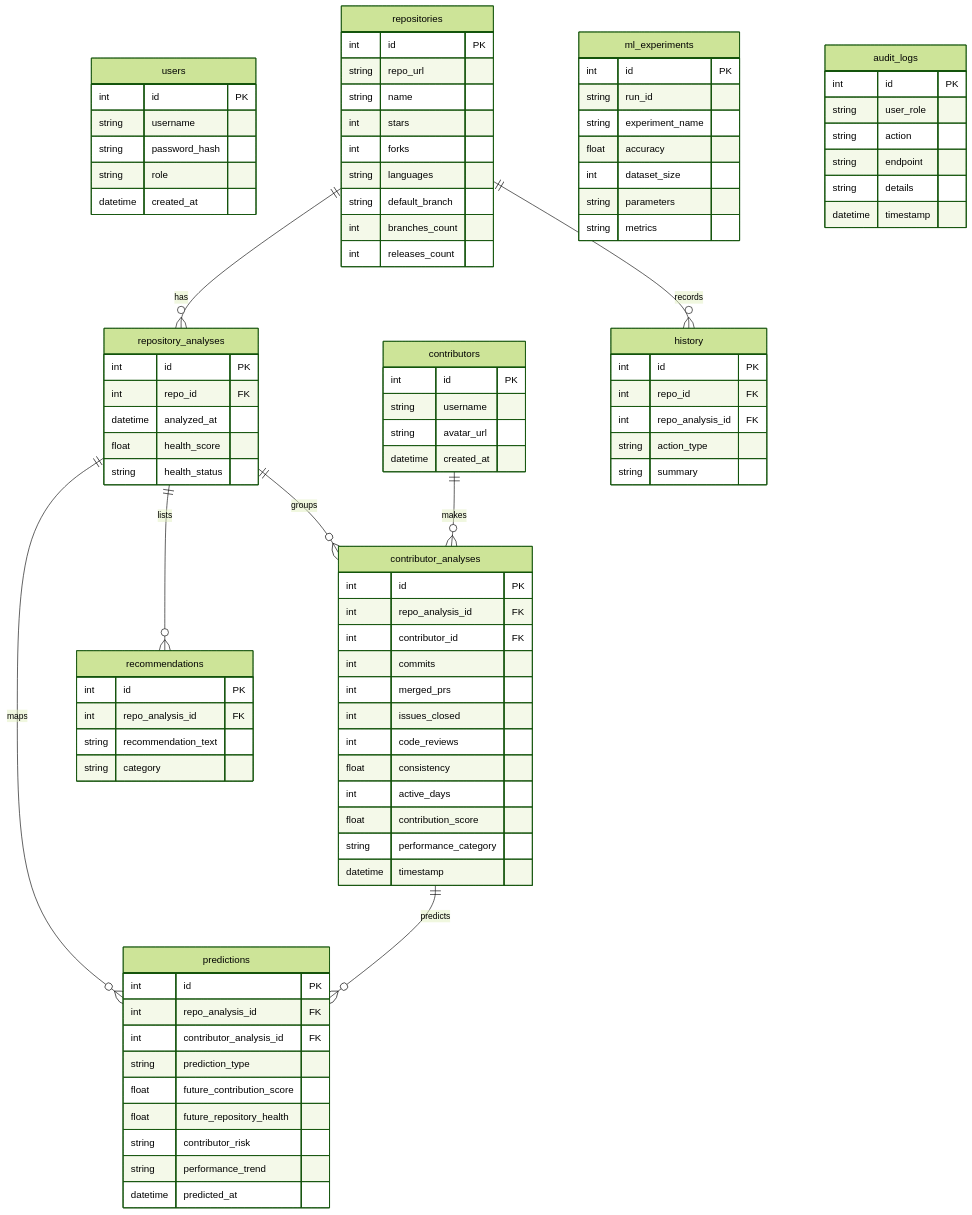
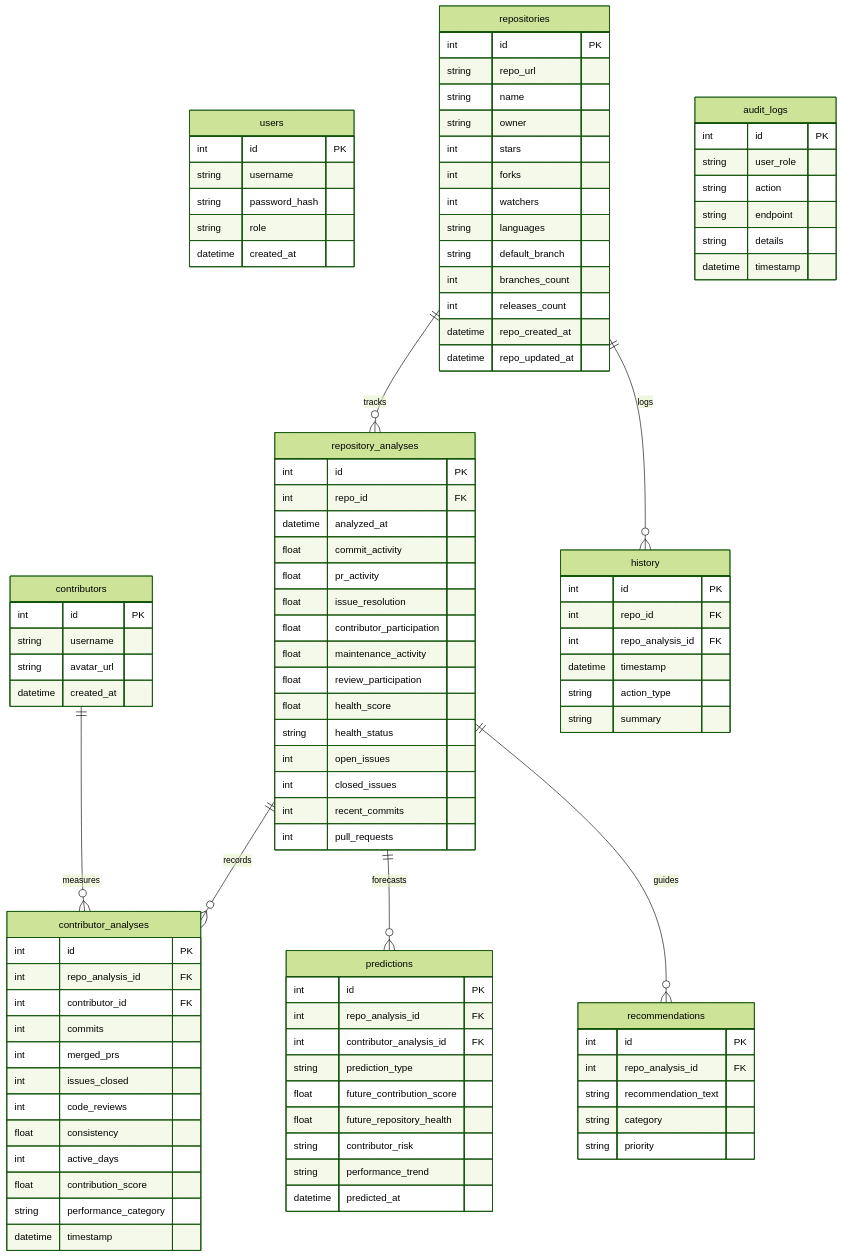
The diagram in README.md (Nareshkumar5232/Emprod), drawn with Mermaid (forest theme) before and after one commit. The commit also changed other lines of this file and 38 other files, not shown here.

````diff
--- a/README.md
+++ b/README.md
@@ -39,12 +119,16 @@
         int id PK
         string repo_url
         string name
+        string owner
         int stars
         int forks
+        int watchers
         string languages
         string default_branch
         int branches_count
         int releases_count
+        datetime repo_created_at
+        datetime repo_updated_at
     }
     contributors {
         int id PK
@@ -56,8 +140,18 @@
         int id PK
         int repo_id FK
         datetime analyzed_at
+        float commit_activity
+        float pr_activity
+        float issue_resolution
+        float contributor_participation
+        float maintenance_activity
+        float review_participation
         float health_score
         string health_status
+        int open_issues
+        int closed_issues
+        int recent_commits
+        int pull_requests
     }
     contributor_analyses {
         int id PK
@@ -89,20 +183,13 @@
         int repo_analysis_id FK
         string recommendation_text
         string category
-    }
-    ml_experiments {
-        int id PK
-        string run_id
-        string experiment_name
-        float accuracy
-        int dataset_size
-        string parameters
-        string metrics
+        string priority
     }
     history {
         int id PK
         int repo_id FK
         int repo_analysis_id FK
+        datetime timestamp
         string action_type
         string summary
     }
@@ -115,11 +202,10 @@
         datetime timestamp
     }
 
-    repositories ||--o{ repository_analyses : has
-    repositories ||--o{ history : records
-    repository_analyses ||--o{ contributor_analyses : groups
-    repository_analyses ||--o{ recommendations : lists
-    repository_analyses ||--o{ predictions : maps
-    contributor_analyses ||--o{ predictions : predicts
-    contributors ||--o{ contributor_analyses : makes
+    repositories ||--o{ repository_analyses : tracks
+    repositories ||--o{ history : logs
+    repository_analyses ||--o{ contributor_analyses : records
+    repository_analyses ||--o{ predictions : forecasts
+    repository_analyses ||--o{ recommendations : guides
+    contributors ||--o{ contributor_analyses : measures
 ```
````
